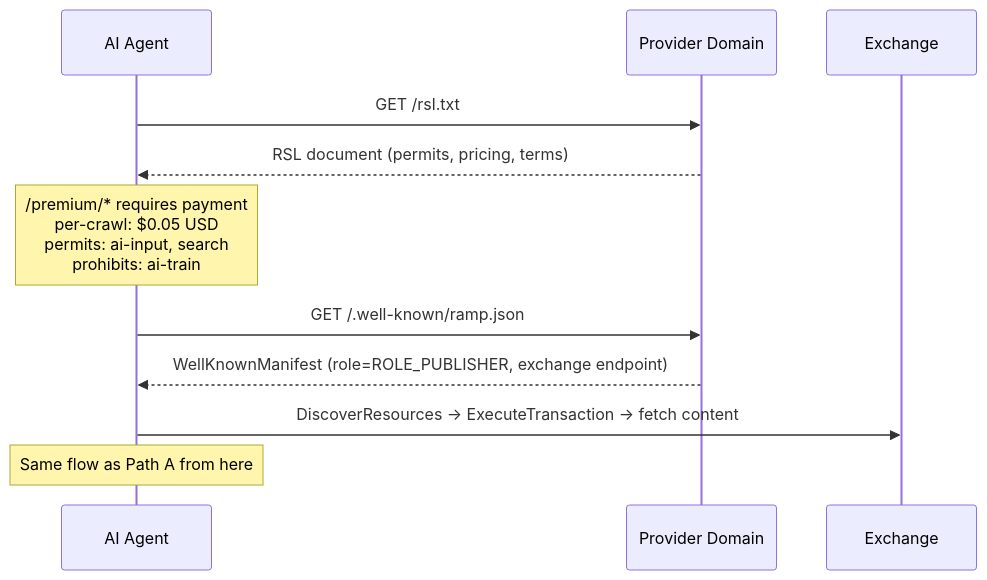
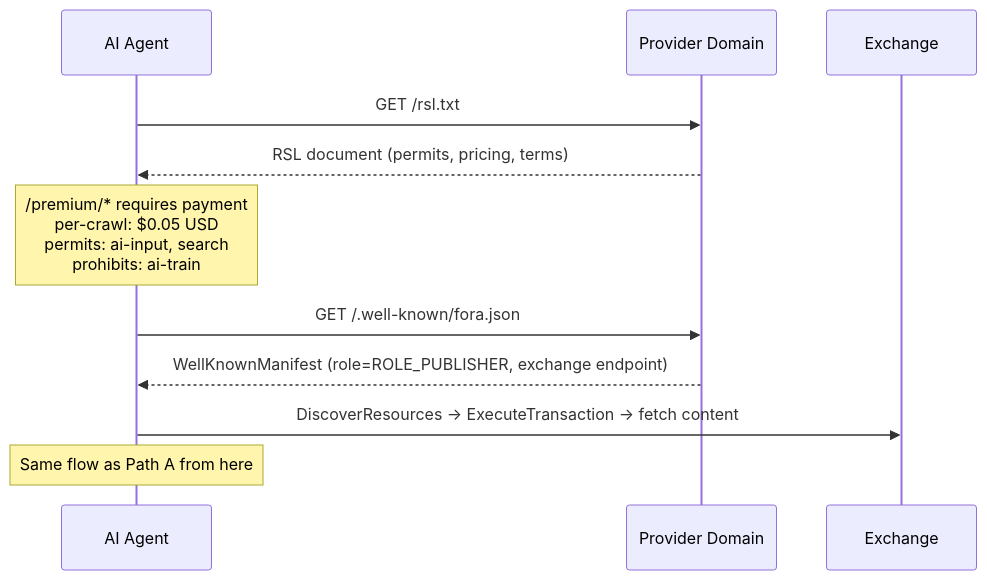
One commit to FORA-Protocol/protocol changed the fourth of 6 diagrams in website/src/content/docs/protocol/discovery-paths.mdx. Above: the diagram before and after it, drawn with Mermaid. The commit also changed other lines of this file and 529 other files, not shown here.

First line of the commit message:
Rename the protocol from RAMP to FORA

````diff
--- a/website/src/content/docs/protocol/discovery-paths.mdx
+++ b/website/src/content/docs/protocol/discovery-paths.mdx
@@ -163,18 +163,18 @@
 ```mermaid
 sequenceDiagram
     participant Agent as AI Agent
     participant PUB as Provider Domain
     participant MP as Exchange
 
     Agent->>PUB: GET /rsl.txt
     PUB-->>Agent: RSL document (permits, pricing, terms)
 
     Note over Agent: /premium/* requires payment<br/>per-crawl: $0.05 USD<br/>permits: ai-input, search<br/>prohibits: ai-train
 
-    Agent->>PUB: GET /.well-known/ramp.json
+    Agent->>PUB: GET /.well-known/fora.json
     PUB-->>Agent: WellKnownManifest (role=ROLE_PUBLISHER, exchange endpoint)
 
     Agent->>MP: DiscoverResources -> ExecuteTransaction -> fetch content
 
     Note over Agent: Same flow as Path A from here
 ```
````
